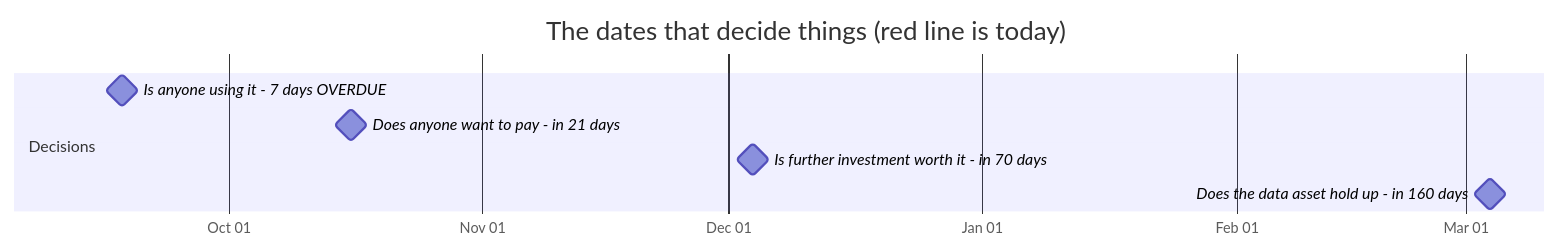
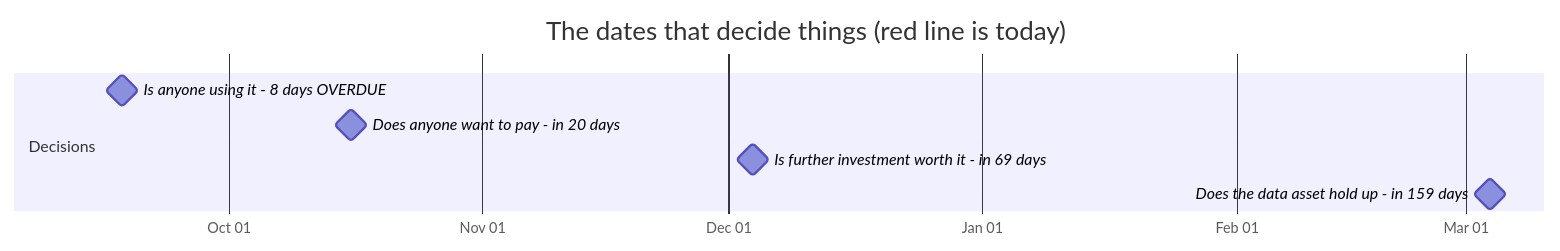
Before and after one commit to jakegu1/vetagent: the first of 2 diagrams in docs/OWNER.md, drawn with Mermaid. The commit also changed other lines of this file and 1 other file, not shown here.

````diff
--- a/docs/OWNER.md
+++ b/docs/OWNER.md
@@ -75,12 +75,12 @@
 ```mermaid
 gantt
     dateFormat YYYY-MM-DD
     axisFormat %b %d
     todayMarker stroke-width:3px,stroke:#d33,stroke-dasharray:0
     title The dates that decide things (red line is today)
     section Decisions
-    Is anyone using it - 7 days OVERDUE :milestone, 2026-09-18, 0d
-    Does anyone want to pay - in 21 days :milestone, 2026-10-16, 0d
-    Is further investment worth it - in 70 days :milestone, 2026-12-04, 0d
-    Does the data asset hold up - in 160 days :milestone, 2027-03-04, 0d
+    Is anyone using it - 8 days OVERDUE :milestone, 2026-09-18, 0d
+    Does anyone want to pay - in 20 days :milestone, 2026-10-16, 0d
+    Is further investment worth it - in 69 days :milestone, 2026-12-04, 0d
+    Does the data asset hold up - in 159 days :milestone, 2027-03-04, 0d
 ```
````
